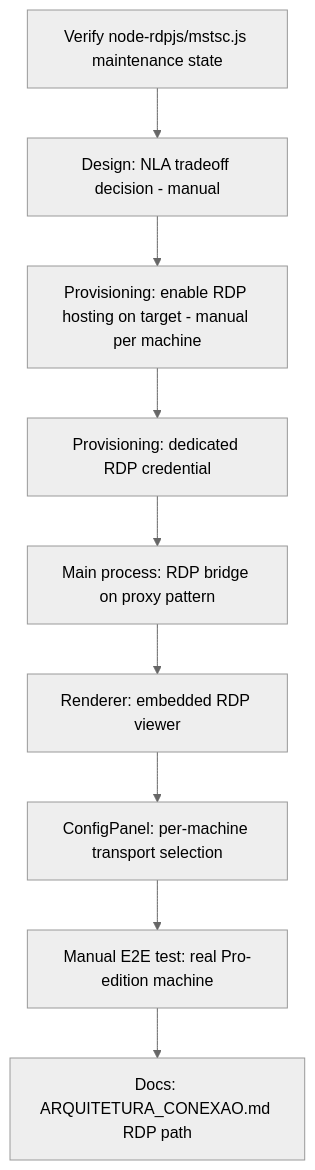
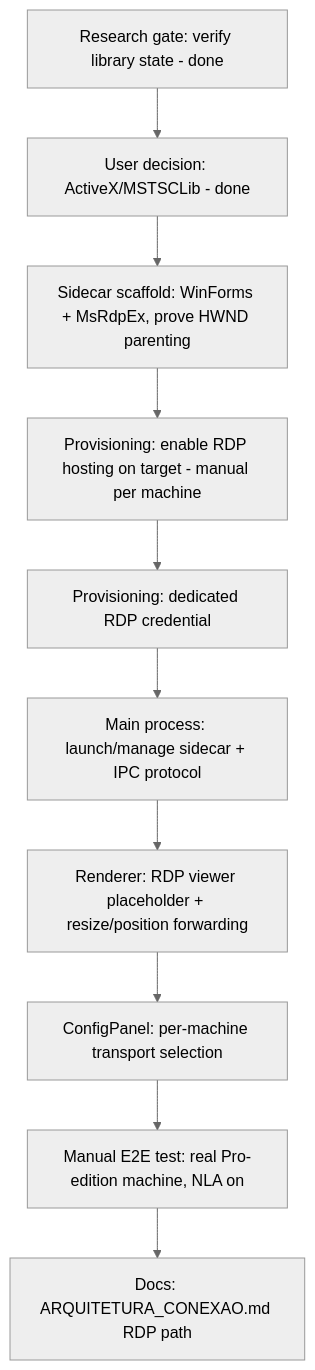
One commit to alexmiguel011014-stack/TunelSSH_OpenPortal changed the second of 4 diagrams in GOALS.md. Above: the diagram before and after it, drawn with Mermaid (neutral theme). The commit also changed other lines of this file and 3 other files, not shown here.

First line of the commit message:
docs: resolve GOALS 2 transport decision + sidecar scaffold (RDP nativo)

````diff
--- a/GOALS.md
+++ b/GOALS.md
@@ -127,11 +157,12 @@
 ```mermaid
 flowchart TD
-    A[Verify node-rdpjs/mstsc.js maintenance state] --> B[Design: NLA tradeoff decision - manual]
-    B --> C[Provisioning: enable RDP hosting on target - manual per machine]
-    C --> D[Provisioning: dedicated RDP credential]
-    D --> E[Main process: RDP bridge on proxy pattern]
-    E --> F[Renderer: embedded RDP viewer]
-    F --> G[ConfigPanel: per-machine transport selection]
-    G --> H[Manual E2E test: real Pro-edition machine]
-    H --> I[Docs: ARQUITETURA_CONEXAO.md RDP path]
+    A[Research gate: verify library state - done] --> B[User decision: ActiveX/MSTSCLib - done]
+    B --> C[Sidecar scaffold: WinForms + MsRdpEx, prove HWND parenting]
+    C --> D[Provisioning: enable RDP hosting on target - manual per machine]
+    D --> E[Provisioning: dedicated RDP credential]
+    E --> F[Main process: launch/manage sidecar + IPC protocol]
+    F --> G[Renderer: RDP viewer placeholder + resize/position forwarding]
+    G --> H[ConfigPanel: per-machine transport selection]
+    H --> I[Manual E2E test: real Pro-edition machine, NLA on]
+    I --> J[Docs: ARQUITETURA_CONEXAO.md RDP path]
 ```
````
